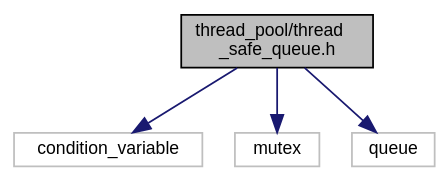
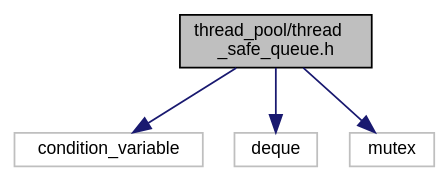
One commit to DeveloperPaul123/thread-pool changed the diagram in d4/dbf/thread__safe__queue_8h__incl.dot. Above: the diagram before and after it, drawn with Graphviz. The commit also changed 57 other files, not shown here.

```diff
--- a/d4/dbf/thread__safe__queue_8h__incl.dot
+++ b/d4/dbf/thread__safe__queue_8h__incl.dot
@@ -1,14 +1,14 @@
 digraph "thread_pool/thread_safe_queue.h"
 {
  // LATEX_PDF_SIZE
   bgcolor="transparent";
   edge [fontname="Helvetica",fontsize="10",labelfontname="Helvetica",labelfontsize="10"];
   node [fontname="Helvetica",fontsize="10",shape=record];
   Node1 [label="thread_pool/thread\l_safe_queue.h",height=0.2,width=0.4,color="black", fillcolor="grey75", style="filled", fontcolor="black",tooltip=" "];
   Node1 -> Node2 [color="midnightblue",fontsize="10",style="solid",fontname="Helvetica"];
   Node2 [label="condition_variable",height=0.2,width=0.4,color="grey75",tooltip=" "];
   Node1 -> Node3 [color="midnightblue",fontsize="10",style="solid",fontname="Helvetica"];
-  Node3 [label="mutex",height=0.2,width=0.4,color="grey75",tooltip=" "];
+  Node3 [label="deque",height=0.2,width=0.4,color="grey75",tooltip=" "];
   Node1 -> Node4 [color="midnightblue",fontsize="10",style="solid",fontname="Helvetica"];
-  Node4 [label="queue",height=0.2,width=0.4,color="grey75",tooltip=" "];
+  Node4 [label="mutex",height=0.2,width=0.4,color="grey75",tooltip=" "];
 }
```
